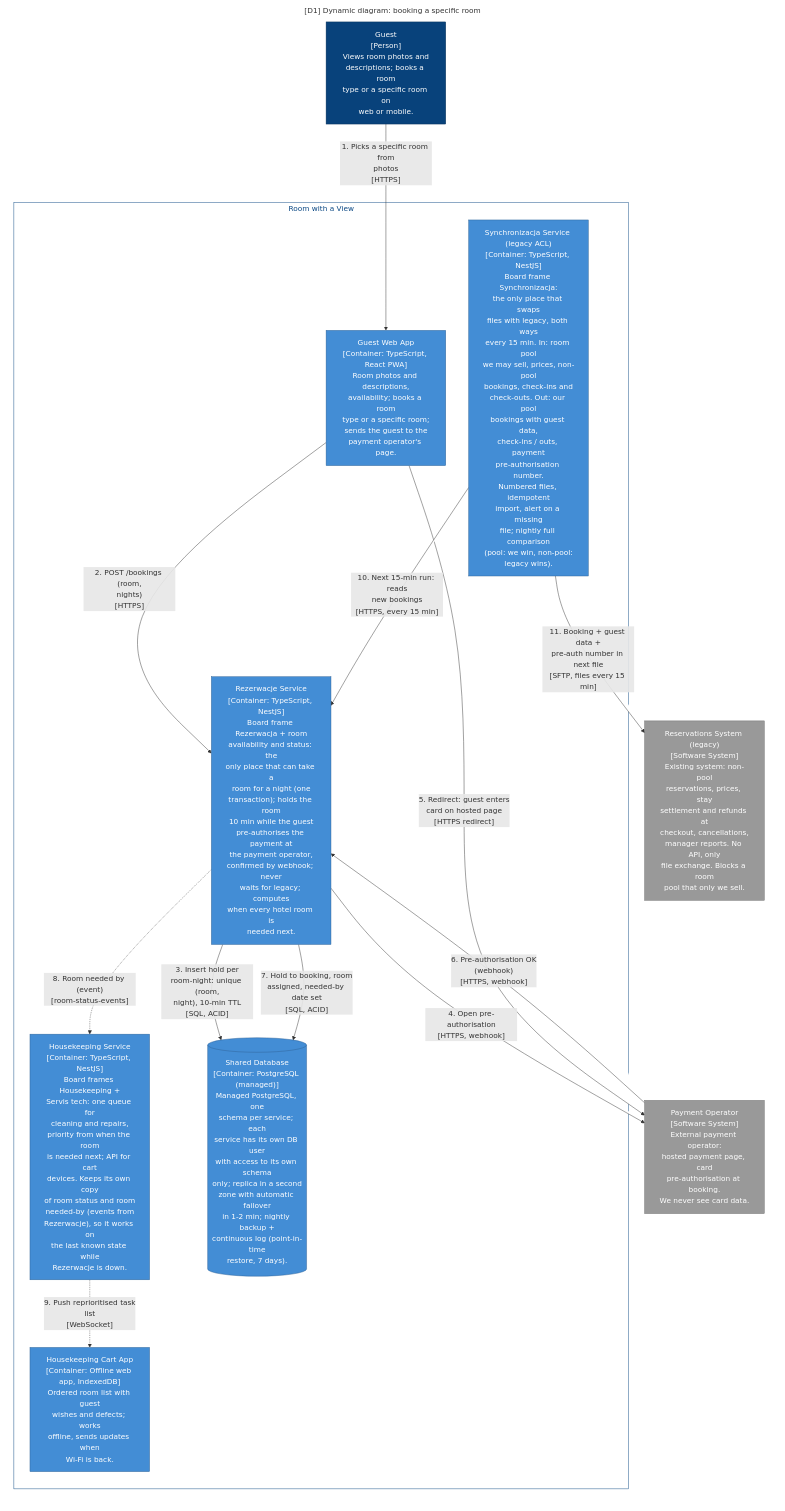
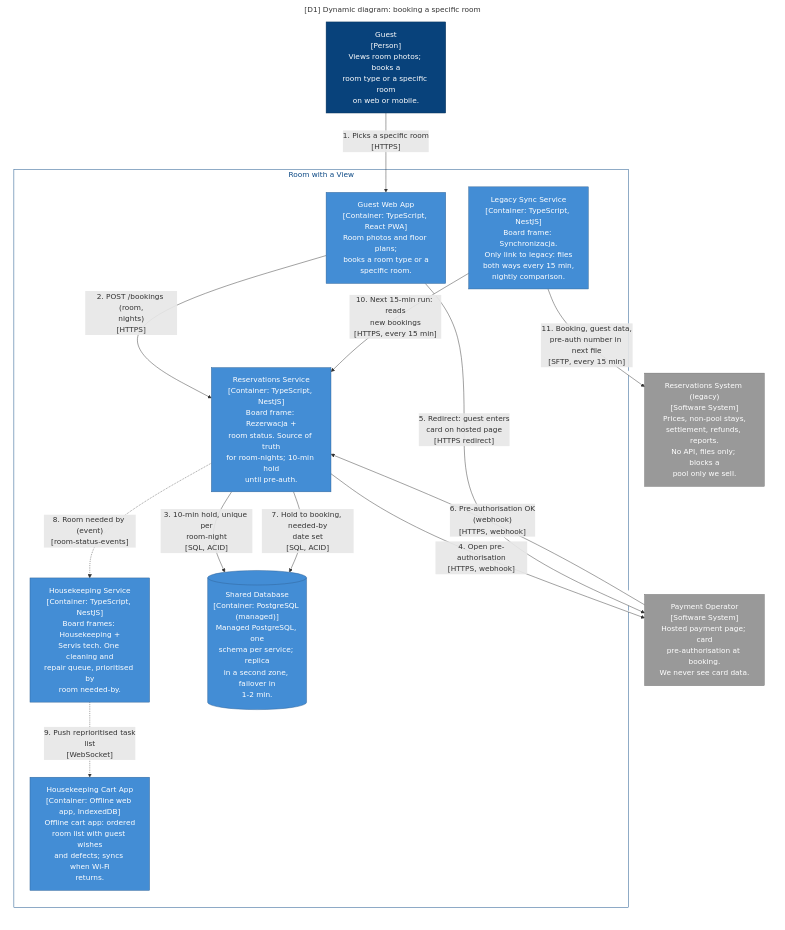
One commit to patrykkarny/Kata-workshopAI changed the diagram in zadanie/c4/out/mermaid-plain/D1-KeyFlow.mmd. Above: the diagram before and after it, drawn with Mermaid. The commit also changed 26 other files, not shown here.

```diff
--- a/zadanie/c4/out/mermaid-plain/D1-KeyFlow.mmd
+++ b/zadanie/c4/out/mermaid-plain/D1-KeyFlow.mmd
@@ -1,43 +1,43 @@
 graph LR
   linkStyle default fill:#ffffff
 
   subgraph diagram ["[D1] Dynamic diagram: booking a specific room"]
     style diagram fill:#ffffff,stroke:#ffffff
 
     subgraph 4 ["Room with a View"]
       style 4 fill:#ffffff,stroke:#0b4884,color:#0b4884
 
-      11["Synchronizacja Service (legacy ACL)<br/>[Container: TypeScript, NestJS]<br/>Board frame Synchronizacja:<br/>the only place that swaps<br/>files with legacy, both ways<br/>every 15 min. In: room pool<br/>we may sell, prices, non-pool<br/>bookings, check-ins and<br/>check-outs. Out: our pool<br/>bookings with guest data,<br/>check-ins / outs, payment<br/>pre-authorisation number.<br/>Numbered files, idempotent<br/>import, alert on a missing<br/>file; nightly full comparison<br/>(pool: we win, non-pool:<br/>legacy wins)."]
+      11["Legacy Sync Service<br/>[Container: TypeScript, NestJS]<br/>Board frame: Synchronizacja.<br/>Only link to legacy: files<br/>both ways every 15 min,<br/>nightly comparison."]
       style 11 fill:#438dd5,stroke:#2e6295,color:#ffffff
-      13[("Shared Database<br/>[Container: PostgreSQL (managed)]<br/>Managed PostgreSQL, one<br/>schema per service; each<br/>service has its own DB user<br/>with access to its own schema<br/>only; replica in a second<br/>zone with automatic failover<br/>in 1-2 min; nightly backup +<br/>continuous log (point-in-time<br/>restore, 7 days).")]
+      13[("Shared Database<br/>[Container: PostgreSQL (managed)]<br/>Managed PostgreSQL, one<br/>schema per service; replica<br/>in a second zone, failover in<br/>1-2 min.")]
       style 13 fill:#438dd5,stroke:#2e6295,color:#ffffff
-      5["Guest Web App<br/>[Container: TypeScript, React PWA]<br/>Room photos and descriptions,<br/>availability; books a room<br/>type or a specific room;<br/>sends the guest to the<br/>payment operator's page."]
+      5["Guest Web App<br/>[Container: TypeScript, React PWA]<br/>Room photos and floor plans;<br/>books a room type or a<br/>specific room."]
       style 5 fill:#438dd5,stroke:#2e6295,color:#ffffff
-      7["Housekeeping Cart App<br/>[Container: Offline web app, IndexedDB]<br/>Ordered room list with guest<br/>wishes and defects; works<br/>offline, sends updates when<br/>Wi-Fi is back."]
+      7["Housekeeping Cart App<br/>[Container: Offline web app, IndexedDB]<br/>Offline cart app: ordered<br/>room list with guest wishes<br/>and defects; syncs when Wi-Fi<br/>returns."]
       style 7 fill:#438dd5,stroke:#2e6295,color:#ffffff
-      8["Rezerwacje Service<br/>[Container: TypeScript, NestJS]<br/>Board frame Rezerwacja + room<br/>availability and status: the<br/>only place that can take a<br/>room for a night (one<br/>transaction); holds the room<br/>10 min while the guest<br/>pre-authorises the payment at<br/>the payment operator,<br/>confirmed by webhook; never<br/>waits for legacy; computes<br/>when every hotel room is<br/>needed next."]
+      8["Reservations Service<br/>[Container: TypeScript, NestJS]<br/>Board frame: Rezerwacja +<br/>room status. Source of truth<br/>for room-nights; 10-min hold<br/>until pre-auth."]
       style 8 fill:#438dd5,stroke:#2e6295,color:#ffffff
-      9["Housekeeping Service<br/>[Container: TypeScript, NestJS]<br/>Board frames Housekeeping +<br/>Servis tech: one queue for<br/>cleaning and repairs,<br/>priority from when the room<br/>is needed next; API for cart<br/>devices. Keeps its own copy<br/>of room status and room<br/>needed-by (events from<br/>Rezerwacje), so it works on<br/>the last known state while<br/>Rezerwacje is down."]
+      9["Housekeeping Service<br/>[Container: TypeScript, NestJS]<br/>Board frames: Housekeeping +<br/>Servis tech. One cleaning and<br/>repair queue, prioritised by<br/>room needed-by."]
       style 9 fill:#438dd5,stroke:#2e6295,color:#ffffff
     end
 
-    1["Guest<br/>[Person]<br/>Views room photos and<br/>descriptions; books a room<br/>type or a specific room on<br/>web or mobile."]
+    1["Guest<br/>[Person]<br/>Views room photos; books a<br/>room type or a specific room<br/>on web or mobile."]
     style 1 fill:#08427b,stroke:#052e56,color:#ffffff
-    15["Reservations System (legacy)<br/>[Software System]<br/>Existing system: non-pool<br/>reservations, prices, stay<br/>settlement and refunds at<br/>checkout, cancellations,<br/>manager reports. No API, only<br/>file exchange. Blocks a room<br/>pool that only we sell."]
+    15["Reservations System (legacy)<br/>[Software System]<br/>Prices, non-pool stays,<br/>settlement, refunds, reports.<br/>No API, files only; blocks a<br/>pool only we sell."]
     style 15 fill:#999999,stroke:#6b6b6b,color:#ffffff
-    17["Payment Operator<br/>[Software System]<br/>External payment operator:<br/>hosted payment page, card<br/>pre-authorisation at booking.<br/>We never see card data."]
+    17["Payment Operator<br/>[Software System]<br/>Hosted payment page; card<br/>pre-authorisation at booking.<br/>We never see card data."]
     style 17 fill:#999999,stroke:#6b6b6b,color:#ffffff
 
-    1-- "1. Picks a specific room from<br/>photos<br/>[HTTPS]" -->5
+    1-- "1. Picks a specific room<br/>[HTTPS]" -->5
     5-- "2. POST /bookings (room,<br/>nights)<br/>[HTTPS]" -->8
-    8-- "3. Insert hold per<br/>room-night: unique (room,<br/>night), 10-min TTL<br/>[SQL, ACID]" -->13
+    8-- "3. 10-min hold, unique per<br/>room-night<br/>[SQL, ACID]" -->13
     8-- "4. Open pre-authorisation<br/>[HTTPS, webhook]" -->17
     5-- "5. Redirect: guest enters<br/>card on hosted page<br/>[HTTPS redirect]" -->17
     17-- "6. Pre-authorisation OK<br/>(webhook)<br/>[HTTPS, webhook]" -->8
-    8-- "7. Hold to booking, room<br/>assigned, needed-by date set<br/>[SQL, ACID]" -->13
+    8-- "7. Hold to booking, needed-by<br/>date set<br/>[SQL, ACID]" -->13
     8-. "8. Room needed by (event)<br/>[room-status-events]" .->9
     9-. "9. Push reprioritised task<br/>list<br/>[WebSocket]" .->7
     11-- "10. Next 15-min run: reads<br/>new bookings<br/>[HTTPS, every 15 min]" -->8
-    11-- "11. Booking + guest data +<br/>pre-auth number in next file<br/>[SFTP, files every 15 min]" -->15
+    11-- "11. Booking, guest data,<br/>pre-auth number in next file<br/>[SFTP, every 15 min]" -->15
 
   end
```
